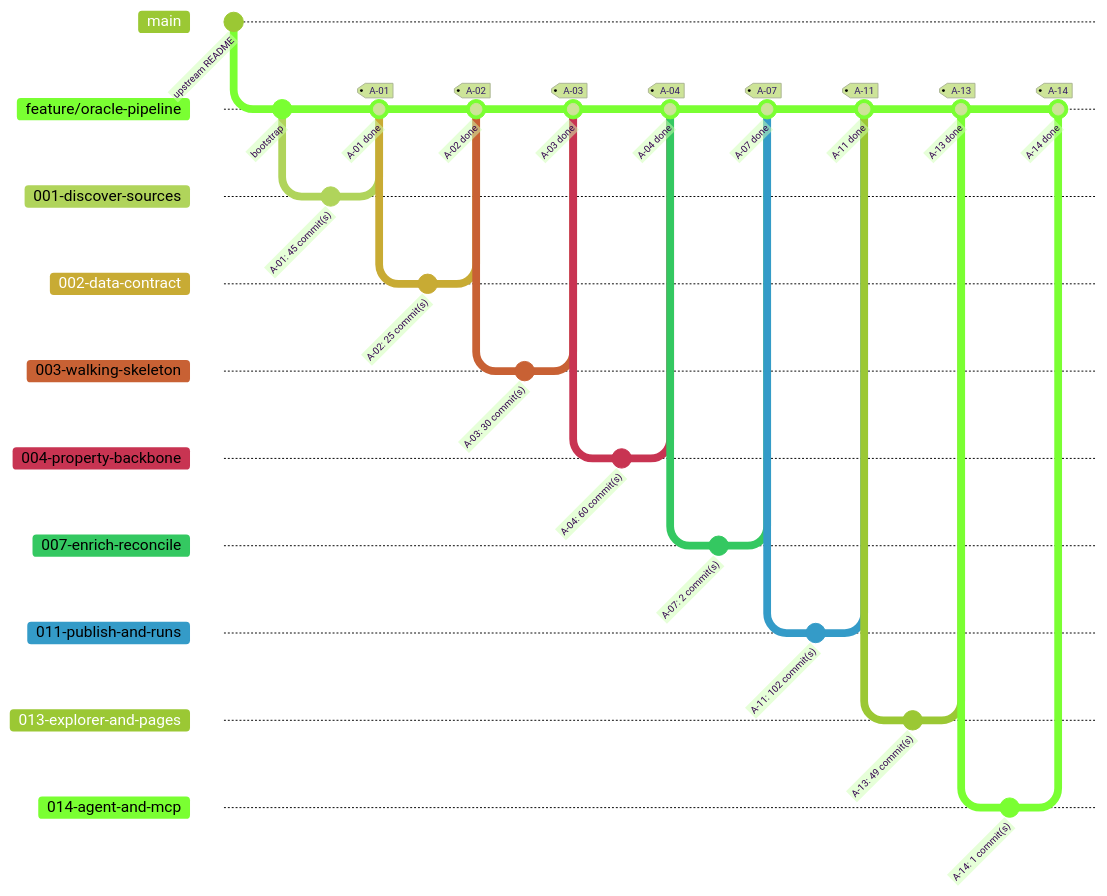
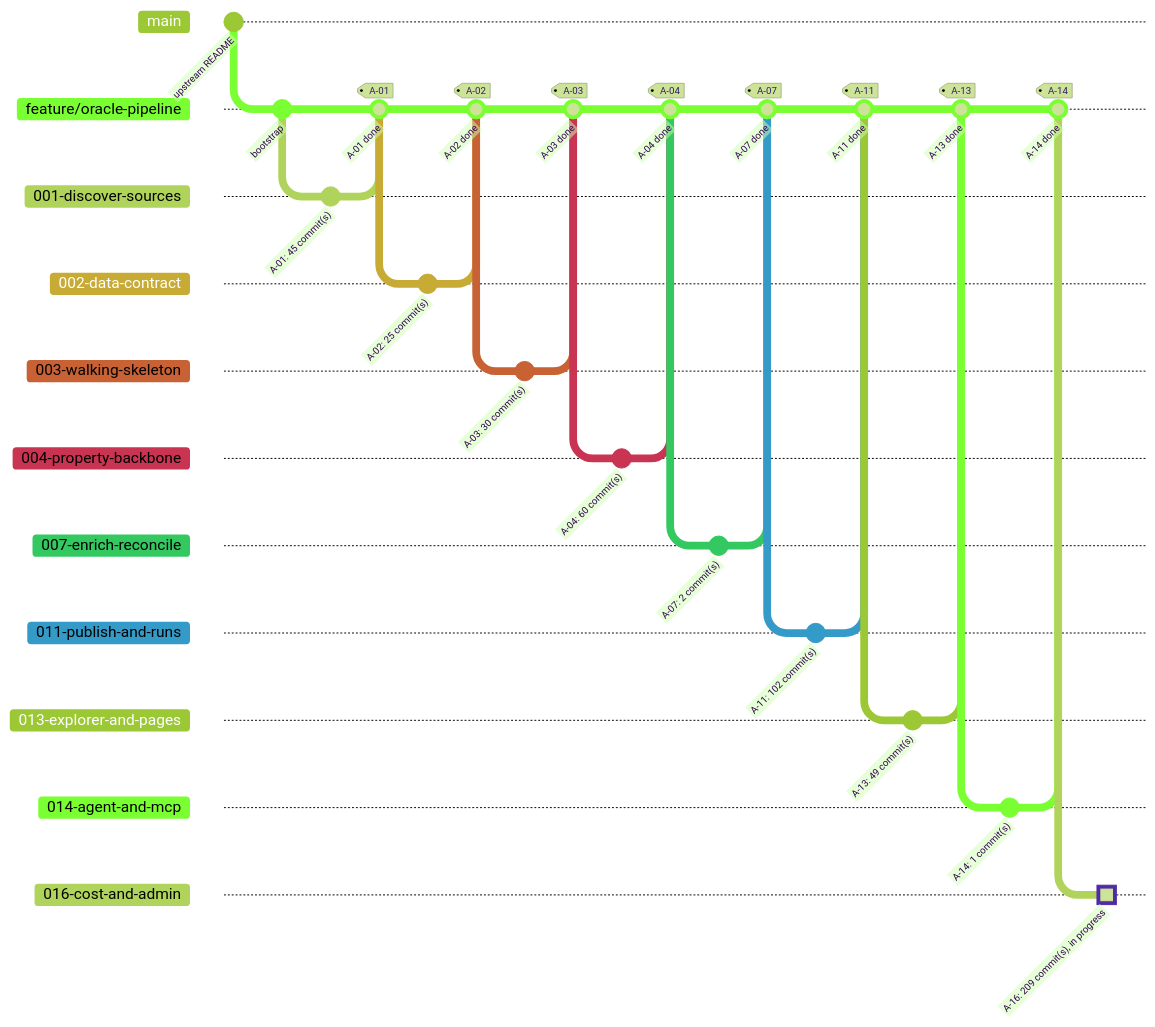
Before and after one commit to HebaGaber/oracle-property-intelligence-platform-pipeline-travis-tx: the second of 2 diagrams in docs/progress.md, drawn with Mermaid (forest theme). The commit also changed other lines of this file, not shown here.

Commit message:
A-11: update progress after the Run 3.1 merge

````diff
--- a/docs/progress.md
+++ b/docs/progress.md
@@ -19,39 +19,42 @@
 ```mermaid
 %%{init: { 'gitGraph': { 'mainBranchName': 'main', 'showCommitLabel': true } } }%%
 gitGraph
   commit id: "upstream README"
   branch "feature/oracle-pipeline"
   commit id: "bootstrap"
   branch "001-discover-sources"
   commit id: "A-01: 45 commit(s)"
   checkout "feature/oracle-pipeline"
   merge "001-discover-sources" id: "A-01 done" tag: "A-01"
   branch "002-data-contract"
   commit id: "A-02: 25 commit(s)"
   checkout "feature/oracle-pipeline"
   merge "002-data-contract" id: "A-02 done" tag: "A-02"
   branch "003-walking-skeleton"
   commit id: "A-03: 30 commit(s)"
   checkout "feature/oracle-pipeline"
   merge "003-walking-skeleton" id: "A-03 done" tag: "A-03"
   branch "004-property-backbone"
   commit id: "A-04: 60 commit(s)"
   checkout "feature/oracle-pipeline"
   merge "004-property-backbone" id: "A-04 done" tag: "A-04"
   branch "007-enrich-reconcile"
   commit id: "A-07: 2 commit(s)"
   checkout "feature/oracle-pipeline"
   merge "007-enrich-reconcile" id: "A-07 done" tag: "A-07"
   branch "011-publish-and-runs"
   commit id: "A-11: 102 commit(s)"
   checkout "feature/oracle-pipeline"
   merge "011-publish-and-runs" id: "A-11 done" tag: "A-11"
   branch "013-explorer-and-pages"
   commit id: "A-13: 49 commit(s)"
   checkout "feature/oracle-pipeline"
   merge "013-explorer-and-pages" id: "A-13 done" tag: "A-13"
   branch "014-agent-and-mcp"
   commit id: "A-14: 1 commit(s)"
   checkout "feature/oracle-pipeline"
   merge "014-agent-and-mcp" id: "A-14 done" tag: "A-14"
+  branch "016-cost-and-admin"
+  commit id: "A-16: 209 commit(s), in progress" type: HIGHLIGHT
+  checkout "feature/oracle-pipeline"
 ```
````
